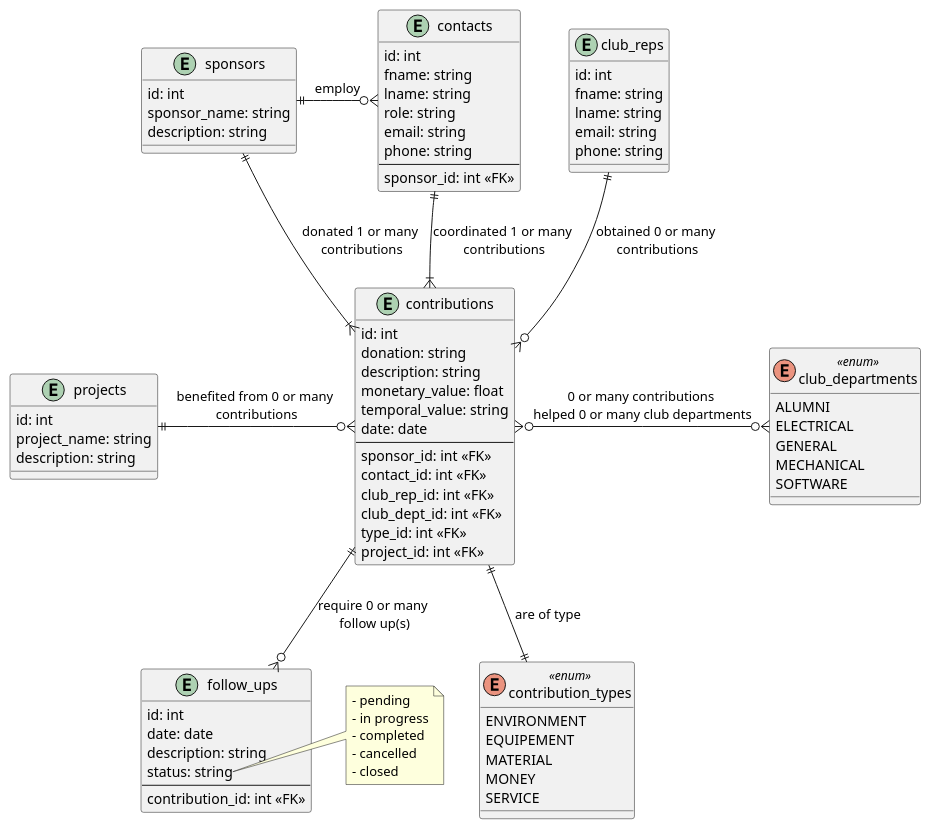
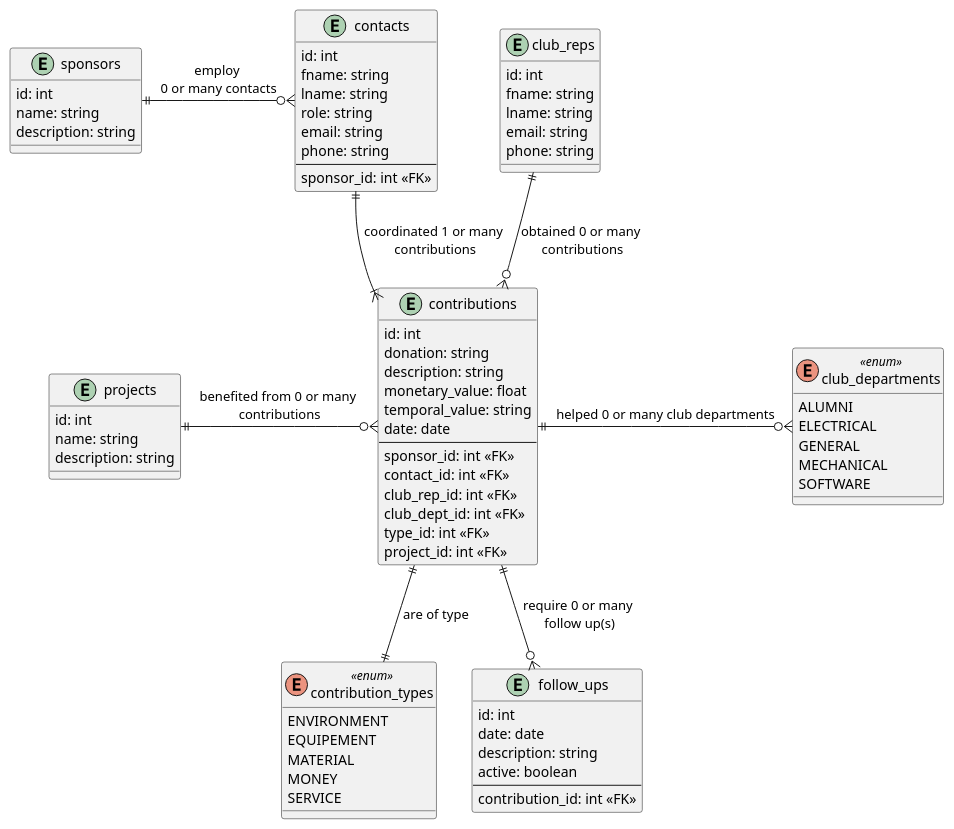
The diagram in docs/entities.puml (daviddodo/sonia_club), drawn with PlantUML before and after one commit.

Commit message:
erd update

```diff
--- a/docs/entities.puml
+++ b/docs/entities.puml
@@ -1,93 +1,84 @@
 @startuml
 entity sponsors {
     id: int
-    sponsor_name: string
+    name: string
     description: string
 }
 
 entity contacts {
     id: int
     fname: string
     lname: string
     role: string
     email: string
     phone: string
     --
     sponsor_id: int <<FK>>
 }
 
 entity club_reps {
     id: int
     fname: string
     lname: string
     email: string
     phone: string
 }
 
 entity contributions {
     id: int
     donation: string
     description: string
     monetary_value: float
     temporal_value: string
     date: date
     --
     sponsor_id: int <<FK>>
     contact_id: int <<FK>>
     club_rep_id: int <<FK>>
     club_dept_id: int <<FK>>
     type_id: int <<FK>>
     project_id: int <<FK>>
 }
 
 enum contribution_types <<enum>> {
     ENVIRONMENT
     EQUIPEMENT
     MATERIAL
     MONEY
     SERVICE
 }
 
 entity follow_ups {
     id: int
     date: date
     description: string
-    status: string
+    active: boolean
     --
     contribution_id: int <<FK>>
 }
 
 entity projects {
     id: int
-    project_name: string
+    name: string
     description: string
 }
 
 enum club_departments <<enum>> {
     ALUMNI
     ELECTRICAL
     GENERAL
     MECHANICAL
     SOFTWARE
 }
 
-sponsors ||-r--o{ contacts : "employ"
+sponsors ||-r--o{ contacts : "employ \n0 or many contacts"
 contacts ||-d-|{ contributions : "coordinated 1 or many \ncontributions"
-sponsors ||-d-|{ contributions : "donated 1 or many \ncontributions"
 club_reps ||-d-o{ contributions : "obtained 0 or many \ncontributions"
 
 projects ||-r-o{ contributions : "benefited from 0 or many \ncontributions"
-club_departments }o-l-o{ contributions : "0 or many contributions \nhelped 0 or many club departments"
+club_departments }o-l-|| contributions : "helped 0 or many club departments"
 
 contributions ||-d-|| contribution_types : "are of type"
 contributions ||-d-o{ follow_ups : "require 0 or many \nfollow up(s)"
 
-note right of follow_ups::status
-    - pending
-    - in progress
-    - completed
-    - cancelled
-    - closed
-end note
-
 @enduml
```
